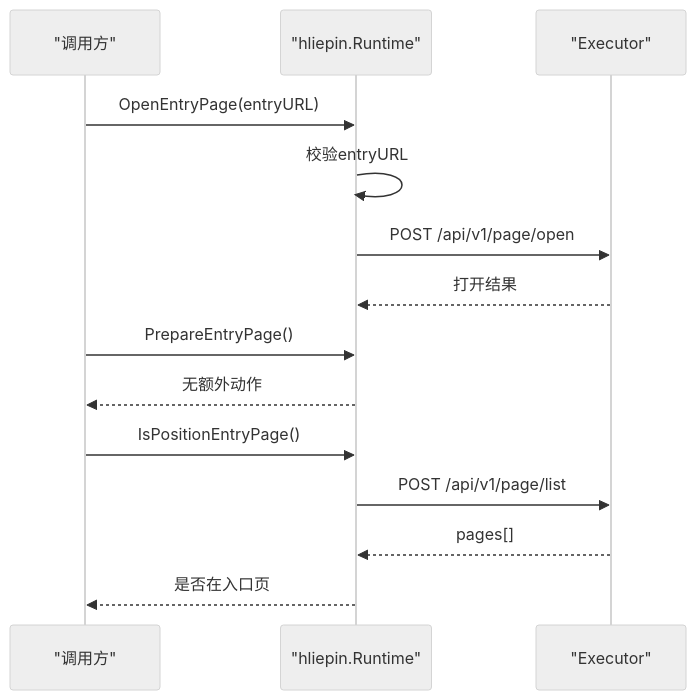
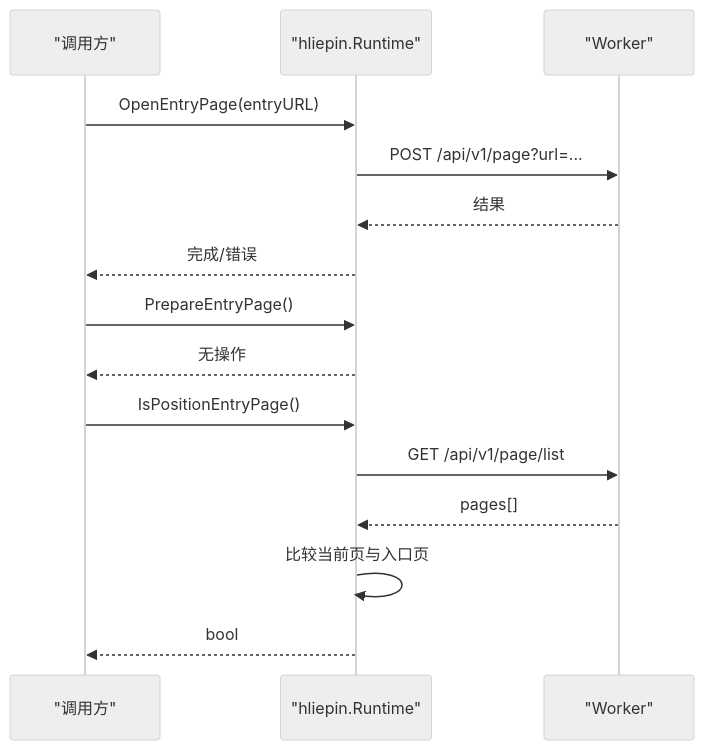
Before and after one commit to alvinwangzi/goodhr: the sixth of 7 diagrams in .qoder/repowiki/zh/content/本地执行器/平台适配器/猎聘适配器/运行时管理.md, drawn with Mermaid (neutral theme). The commit also changed other lines of this file and 149 other files, not shown here.

````diff
--- a/.qoder/repowiki/zh/content/本地执行器/平台适配器/猎聘适配器/运行时管理.md
+++ b/.qoder/repowiki/zh/content/本地执行器/平台适配器/猎聘适配器/运行时管理.md
@@ -324,16 +231,17 @@
 ```mermaid
 sequenceDiagram
-participant Caller as "调用方"
-participant HLP as "hliepin.Runtime"
-participant Exec as "Executor"
-Caller->>HLP : OpenEntryPage(entryURL)
-HLP->>HLP : 校验entryURL
-HLP->>Exec : POST /api/v1/page/open
-Exec-->>HLP : 打开结果
-Caller->>HLP : PrepareEntryPage()
-HLP-->>Caller : 无额外动作
-Caller->>HLP : IsPositionEntryPage()
-HLP->>Exec : POST /api/v1/page/list
-Exec-->>HLP : pages[]
-HLP-->>Caller : 是否在入口页
+participant C as "调用方"
+participant R as "hliepin.Runtime"
+participant W as "Worker"
+C->>R : OpenEntryPage(entryURL)
+R->>W : POST /api/v1/page?url=...
+W-->>R : 结果
+R-->>C : 完成/错误
+C->>R : PrepareEntryPage()
+R-->>C : 无操作
+C->>R : IsPositionEntryPage()
+R->>W : GET /api/v1/page/list
+W-->>R : pages[]
+R->>R : 比较当前页与入口页
+R-->>C : bool
 ```
````
